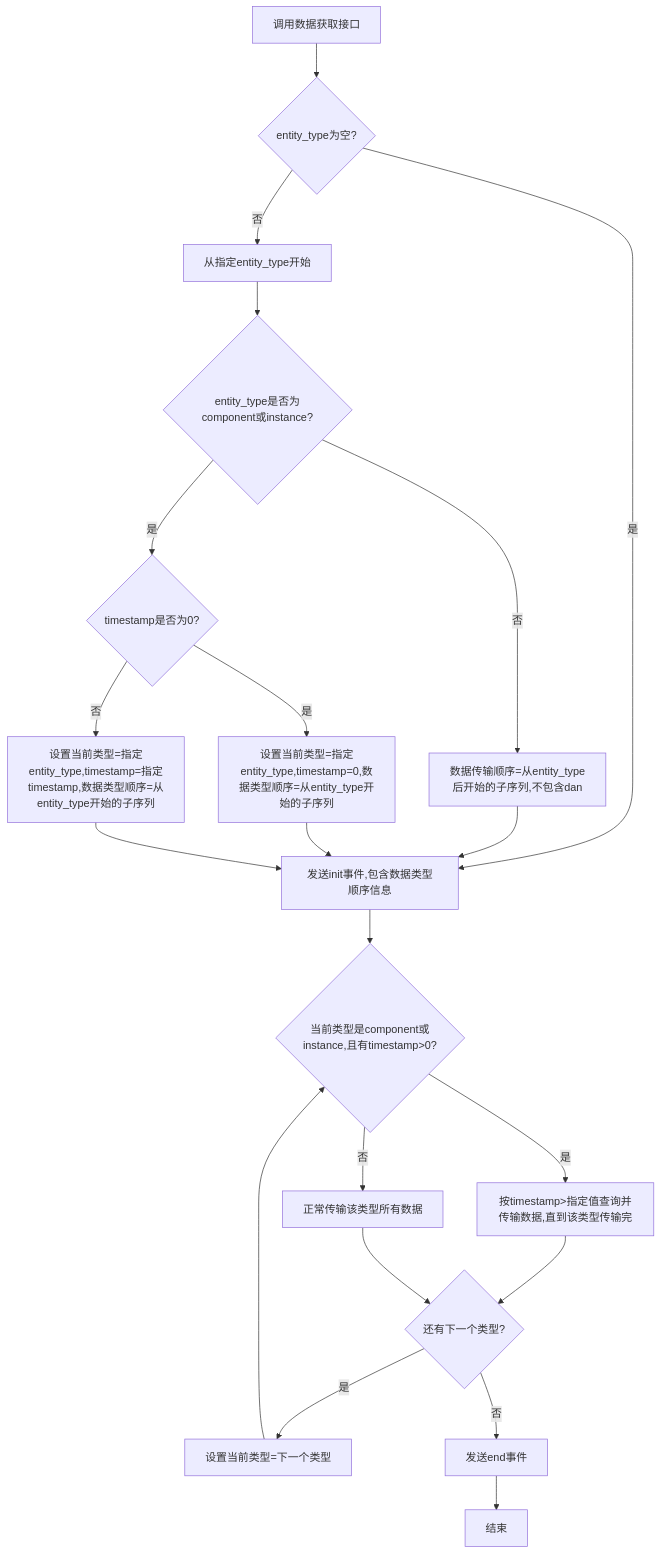
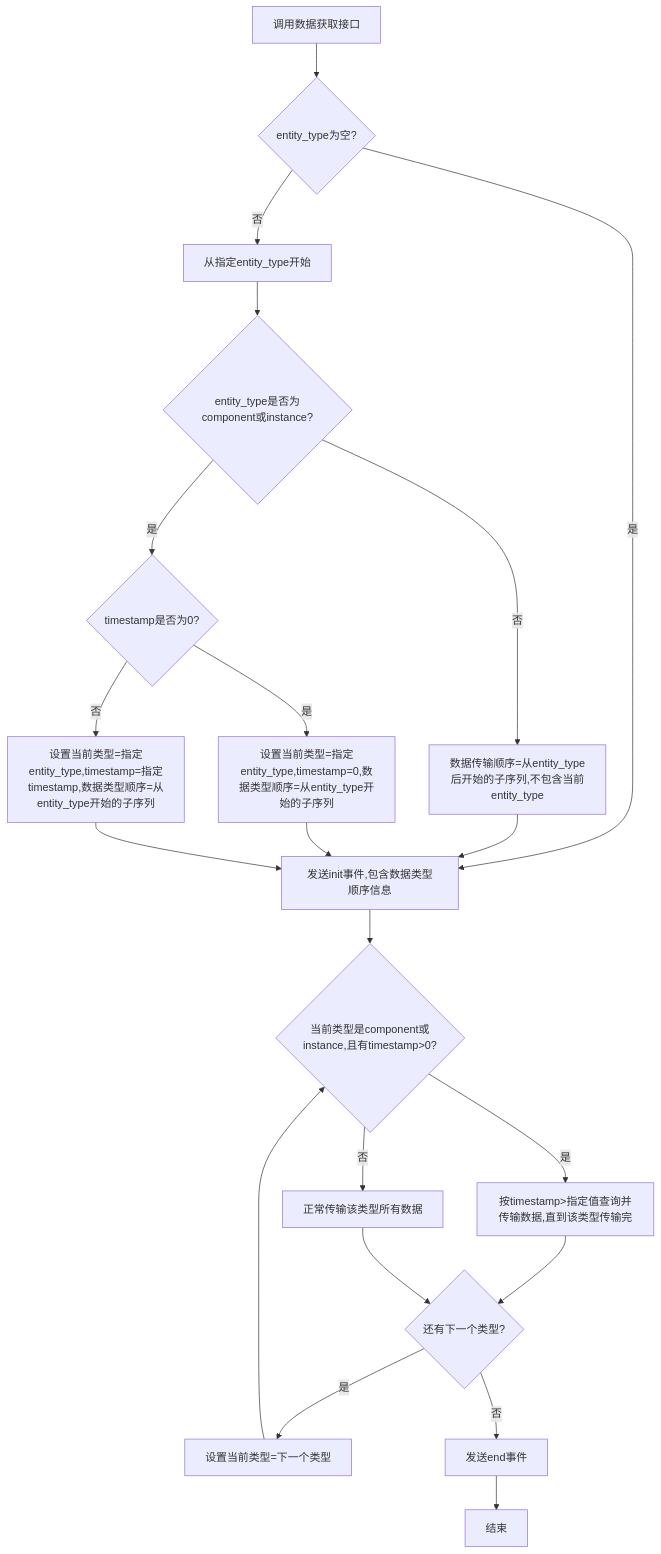
Before and after one commit to yingjianzh/iodraw-files: the diagram in all/未命名-63.md, drawn with Mermaid.

Commit message:
2025-05-19 13:45:30 update

````diff
--- a/all/未命名-63.md
+++ b/all/未命名-63.md
@@ -1,35 +1,35 @@
 ```mermaid
 
 flowchart TD
     A[调用数据获取接口] --> B{entity_type为空?}
 
     B -->|是| K[发送init事件,包含数据类型顺序信息]
     B -->|否| D[从指定entity_type开始]
     
     D --> F{entity_type是否为component或instance?}
     
-    F -->|否| G[数据传输顺序=从entity_type后开始的子序列,不包含dan]
+    F -->|否| G[数据传输顺序=从entity_type后开始的子序列,不包含当前entity_type]
     F -->|是| H{timestamp是否为0?}
     
     H -->|是| I[设置当前类型=指定entity_type,timestamp=0,数据类型顺序=从entity_type开始的子序列]
     H -->|否| J[设置当前类型=指定entity_type,timestamp=指定timestamp,数据类型顺序=从entity_type开始的子序列]
     
     G --> K
     I --> K
     J --> K
     
    
     K --> P{当前类型是component或instance,且有timestamp>0?}
     P -->|是| Q[按timestamp>指定值查询并传输数据,直到该类型传输完]
     P -->|否| R[正常传输该类型所有数据]
     
     Q --> T{还有下一个类型?}
     R --> T
     
     T -->|是| U[设置当前类型=下一个类型]
     T -->|否| V[发送end事件]
     
     U --> P
     V --> W[结束]
 
 ```
````
